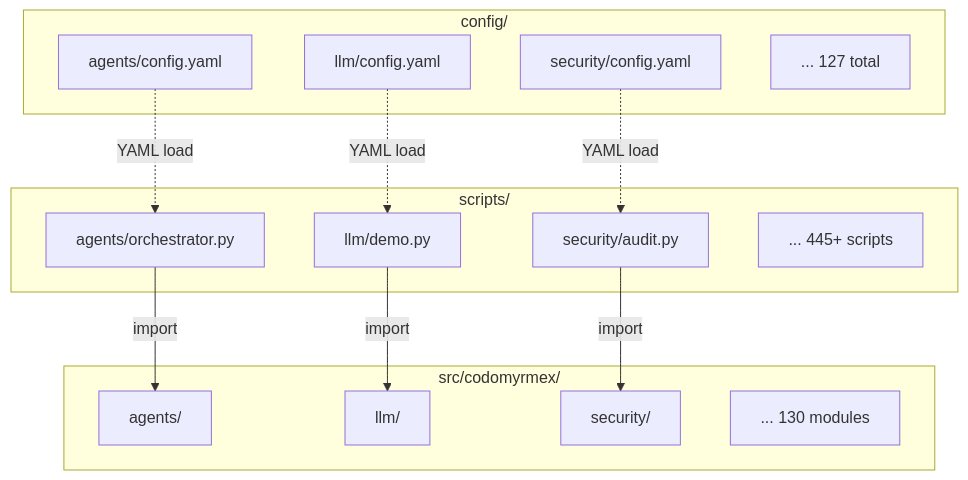
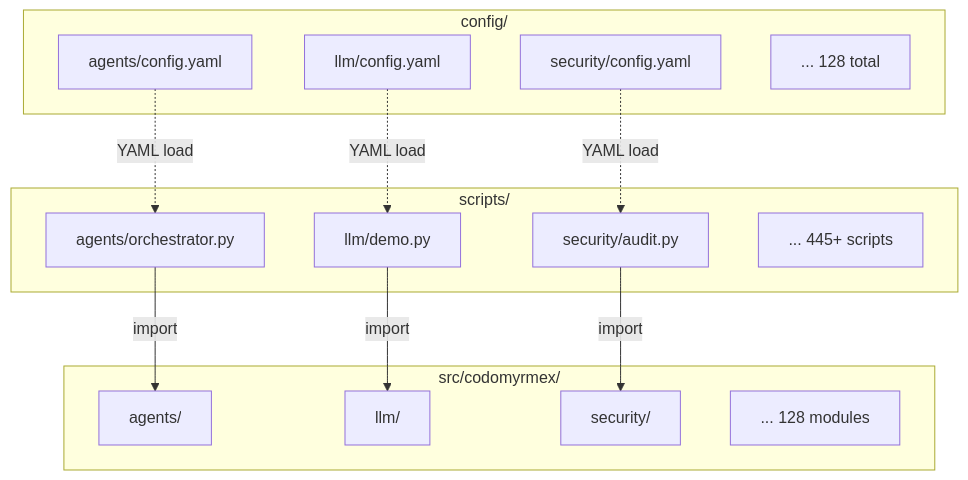
One commit to docxology/codomyrmex changed the sixth of 7 diagrams in .github/README.md. Above: the diagram before and after it, drawn with Mermaid. The commit also changed other lines of this file and 119 other files, not shown here.

````diff
--- a/.github/README.md
+++ b/.github/README.md
@@ -598,30 +598,30 @@
 ```mermaid
 graph TB
     subgraph ConfigRoot["config/"]
         C1["agents/config.yaml"]
         C2["llm/config.yaml"]
         C3["security/config.yaml"]
-        Cdots["... 127 total"]
+        Cdots["... 128 total"]
     end
 
     subgraph Scripts["scripts/"]
         S1["agents/orchestrator.py"]
         S2["llm/demo.py"]
         S3["security/audit.py"]
         Sdots["... 445+ scripts"]
     end
 
     subgraph Source["src/codomyrmex/"]
         Src1["agents/"]
         Src2["llm/"]
         Src3["security/"]
-        SrcDots["... 130 modules"]
+        SrcDots["... 128 modules"]
     end
 
     C1 -.->|"YAML load"| S1
     C2 -.->|"YAML load"| S2
     C3 -.->|"YAML load"| S3
     S1 -->|"import"| Src1
     S2 -->|"import"| Src2
     S3 -->|"import"| Src3
 ```
````
